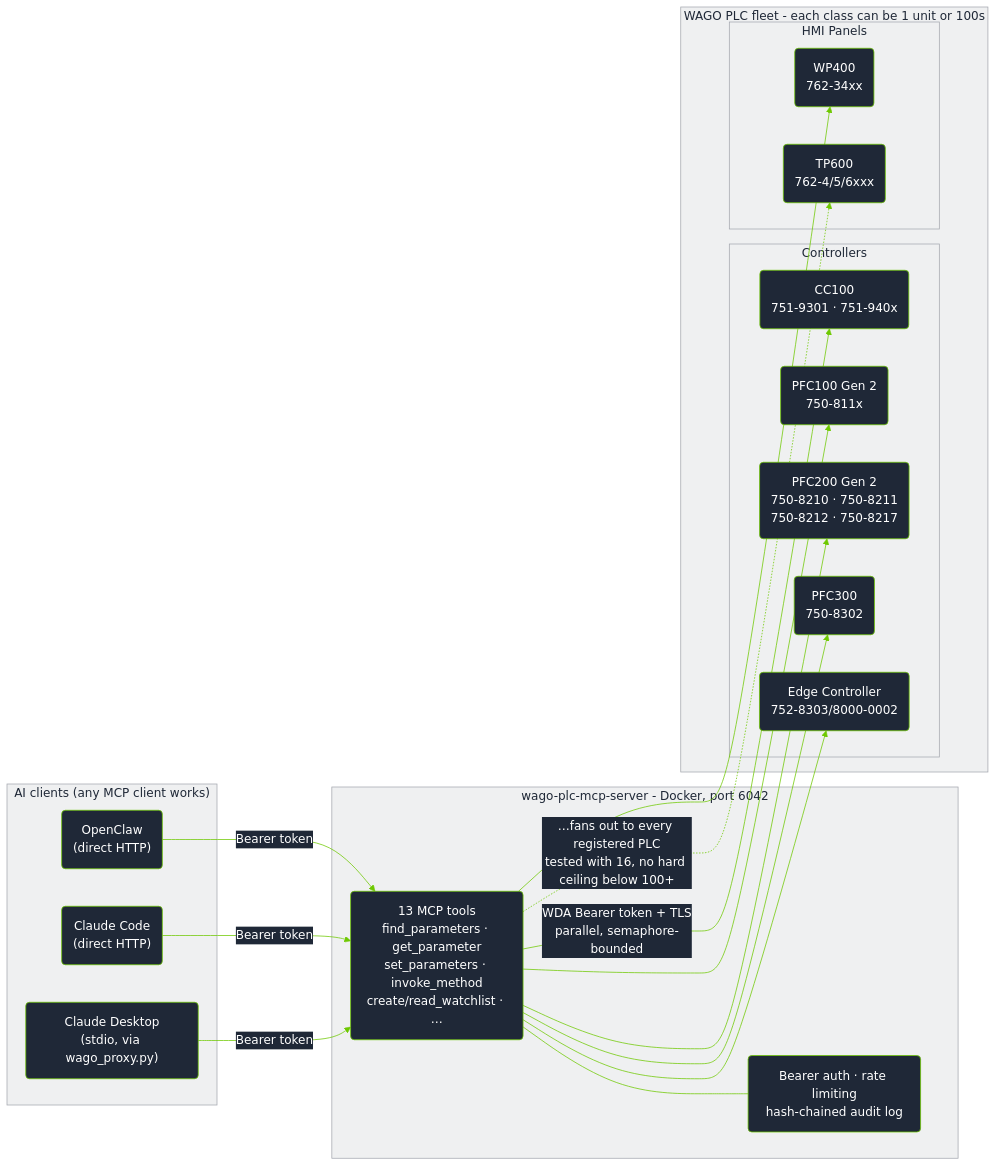
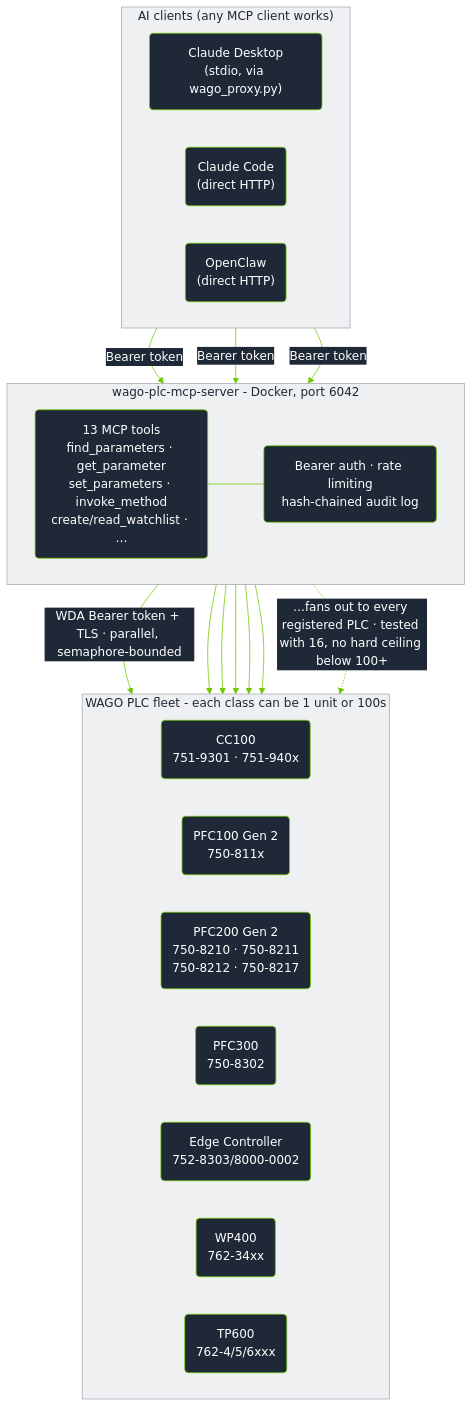
The diagram in README.md (WagoAlex/wago-plc-mcp-server), drawn with Mermaid before and after one commit.

Commit message:
docs: switch diagram to TB flow + direction LR inside fleet for horizontal spread

````diff
--- a/README.md
+++ b/README.md
@@ -84,56 +84,53 @@
 ```mermaid
 %%{init: {'theme':'base', 'themeVariables': {
   'primaryColor':'#1F2837',
   'primaryTextColor':'#ffffff',
   'primaryBorderColor':'#6EC800',
   'lineColor':'#6EC800',
   'secondaryColor':'#EFF0F1',
   'secondaryTextColor':'#1F2837',
   'secondaryBorderColor':'#A5A8AF',
   'tertiaryColor':'#FFFFFF',
   'tertiaryTextColor':'#1F2837',
   'tertiaryBorderColor':'#DEDFE1',
   'fontFamily':'Segoe UI, Helvetica, Arial, sans-serif',
   'clusterBkg':'#EFF0F1',
   'clusterBorder':'#A5A8AF',
   'edgeLabelBackground':'#1F2837'
 }}}%%
-flowchart LR
+flowchart TB
     subgraph Clients["AI clients (any MCP client works)"]
+        direction LR
         CD("Claude Desktop<br/>(stdio, via wago_proxy.py)")
         CC("Claude Code<br/>(direct HTTP)")
         OC("OpenClaw<br/>(direct HTTP)")
     end
 
-    CD -- "Bearer token" --> MCP
-    CC -- "Bearer token" --> MCP
-    OC -- "Bearer token" --> MCP
+    CD & CC & OC -- "Bearer token" --> MCP
 
     subgraph Server["wago-plc-mcp-server - Docker, port 6042"]
+        direction LR
         MCP("13 MCP tools<br/>find_parameters · get_parameter<br/>set_parameters · invoke_method<br/>create/read_watchlist · …")
         Guard("Bearer auth · rate limiting<br/>hash-chained audit log")
         MCP --- Guard
     end
 
-    MCP -- "WDA Bearer token + TLS<br/>parallel, semaphore-bounded" --> P1
+    MCP -- "WDA Bearer token + TLS · parallel, semaphore-bounded" --> P1
     MCP --> P2
     MCP --> P3
     MCP --> P4
     MCP --> P5
     MCP --> P6
-    MCP -. "…fans out to every registered PLC<br/>tested with 16, no hard ceiling below 100+" .-> Pn
+    MCP -. "…fans out to every registered PLC · tested with 16, no hard ceiling below 100+" .-> Pn
 
     subgraph Fleet["WAGO PLC fleet - each class can be 1 unit or 100s"]
-        subgraph Controllers["Controllers"]
-            P1("CC100<br/>751-9301 · 751-940x")
-            P2("PFC100 Gen 2<br/>750-811x")
-            P3("PFC200 Gen 2<br/>750-8210 · 750-8211<br/>750-8212 · 750-8217")
-            P4("PFC300<br/>750-8302")
-            P5("Edge Controller<br/>752-8303/8000-0002")
-        end
-        subgraph HMI["HMI Panels"]
-            P6("WP400<br/>762-34xx")
-            Pn("TP600<br/>762-4/5/6xxx")
-        end
+        direction LR
+        P1("CC100<br/>751-9301 · 751-940x")
+        P2("PFC100 Gen 2<br/>750-811x")
+        P3("PFC200 Gen 2<br/>750-8210 · 750-8211<br/>750-8212 · 750-8217")
+        P4("PFC300<br/>750-8302")
+        P5("Edge Controller<br/>752-8303/8000-0002")
+        P6("WP400<br/>762-34xx")
+        Pn("TP600<br/>762-4/5/6xxx")
     end
 ```
````
